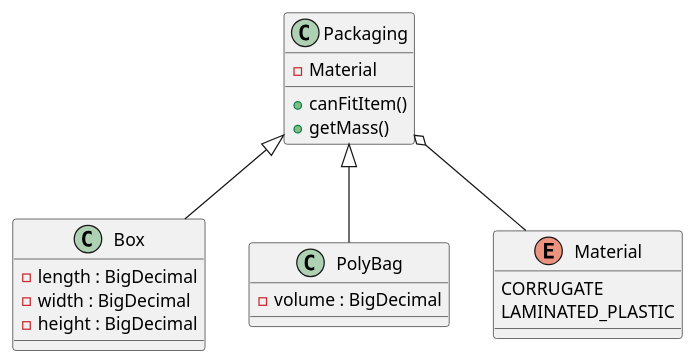
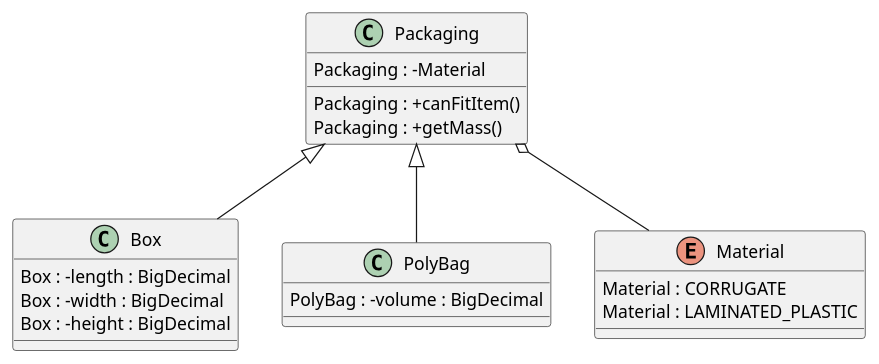
The diagram in src/resources/mastery_task_03_CD.puml (Mattheus85/SustainabilityShipmentService_Lambda), drawn with PlantUML before and after one commit.

Commit message:
All MT3 tests complete

```diff
--- a/src/resources/mastery_task_03_CD.puml
+++ b/src/resources/mastery_task_03_CD.puml
@@ -1,26 +1,29 @@
 @startuml
 'https://plantuml.com/class-diagram
 
-class Packaging
-class Box
-class PolyBag
-enum Material
-
+class Packaging {
 Packaging : -Material
 Packaging : +canFitItem()
 Packaging : +getMass()
+}
 
+class Box {
 Box : -length : BigDecimal
 Box : -width : BigDecimal
 Box : -height : BigDecimal
+}
 
+class PolyBag {
 PolyBag : -volume : BigDecimal
+}
 
+enum Material {
 Material : CORRUGATE
 Material : LAMINATED_PLASTIC
+}
 
 Packaging <|-- Box
 Packaging <|-- PolyBag
 Packaging o-- Material
 
 @enduml
```
